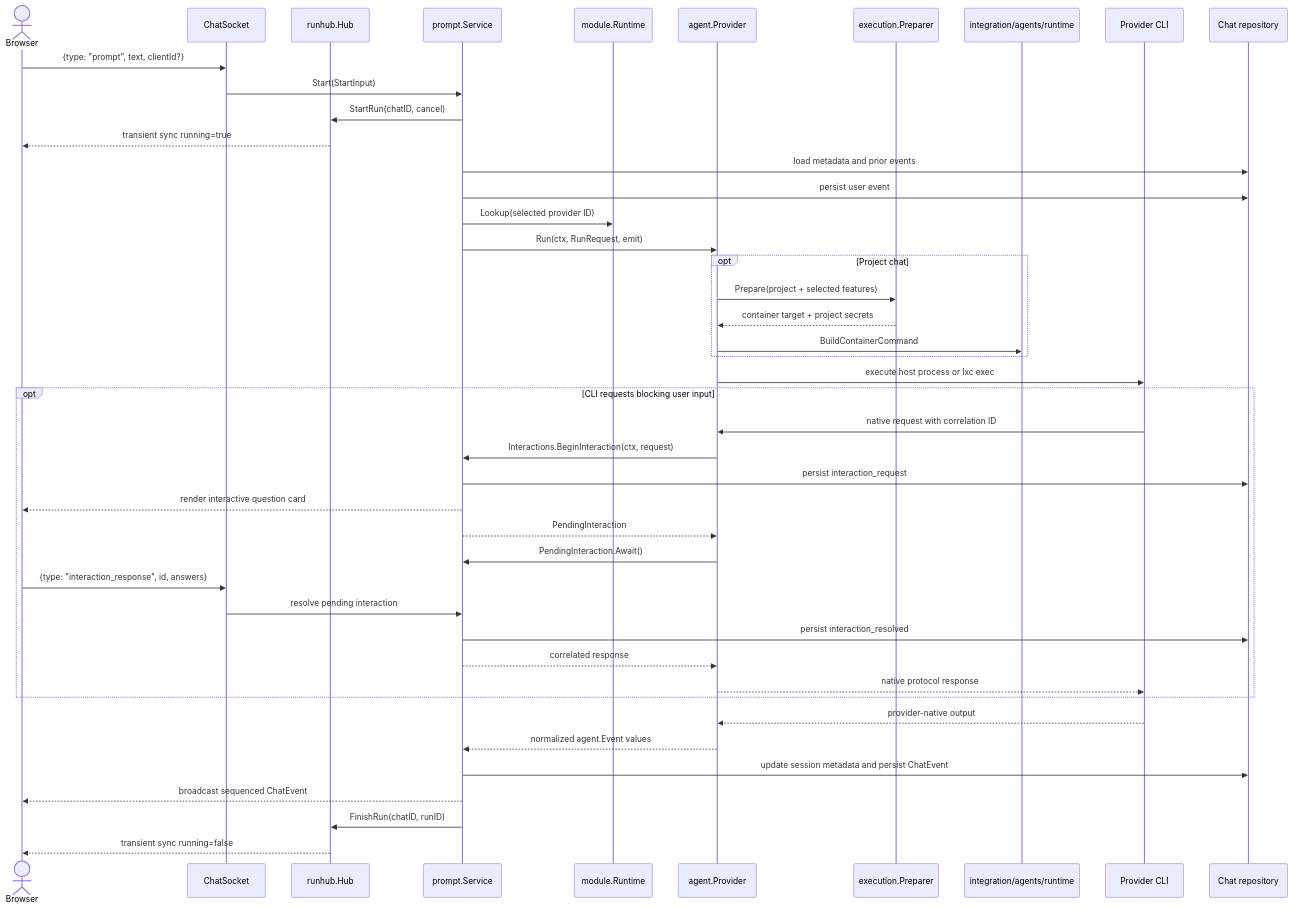
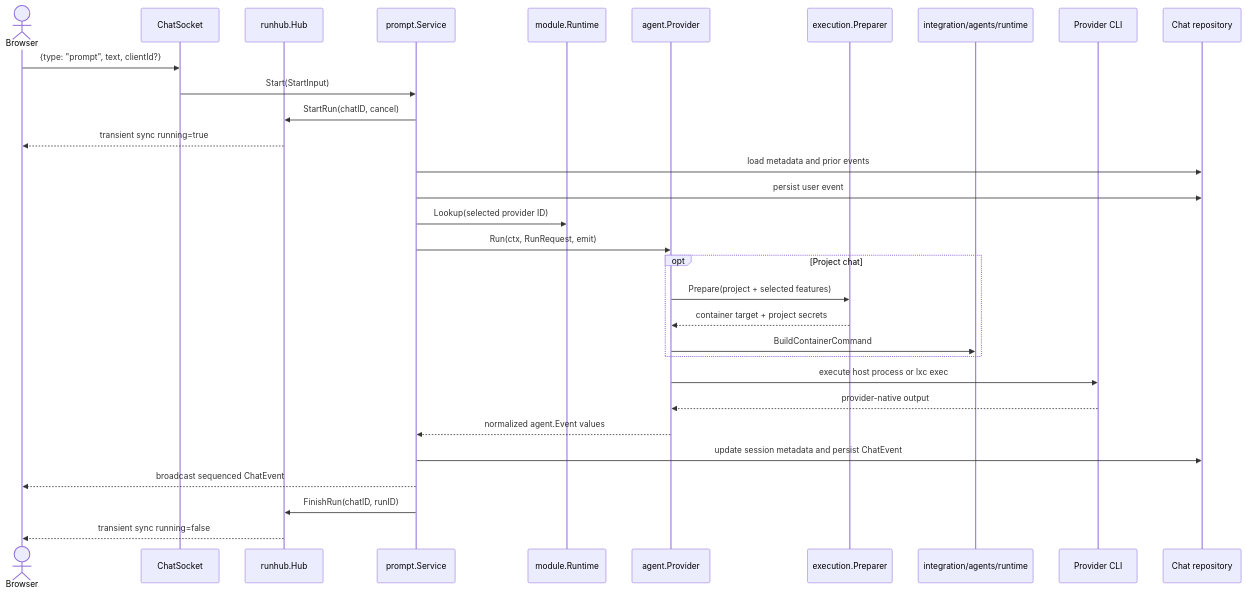
The diagram in docs/dev/agents/02-runtime-and-event-parsing.md (AbdallahMohamedDotnet/remote.futrx), drawn with Mermaid before and after one commit. The commit also changed other lines of this file and 153 other files, not shown here.

````diff
--- a/docs/dev/agents/02-runtime-and-event-parsing.md
+++ b/docs/dev/agents/02-runtime-and-event-parsing.md
@@ -10,47 +10,34 @@
 ```mermaid
 sequenceDiagram
     actor Browser
     participant Socket as ChatSocket
     participant Hub as runhub.Hub
     participant Prompt as prompt.Service
     participant Runtime as module.Runtime
     participant Provider as agent.Provider
     participant Prep as execution.Preparer
     participant Cmd as integration/agents/runtime
     participant CLI as Provider CLI
     participant Store as Chat repository
 
     Browser->>Socket: {type: "prompt", text, clientId?}
     Socket->>Prompt: Start(StartInput)
     Prompt->>Hub: StartRun(chatID, cancel)
     Hub-->>Browser: transient sync running=true
     Prompt->>Store: load metadata and prior events
     Prompt->>Store: persist user event
     Prompt->>Runtime: Lookup(selected provider ID)
     Prompt->>Provider: Run(ctx, RunRequest, emit)
     opt Project chat
         Provider->>Prep: Prepare(project + selected features)
         Prep-->>Provider: container target + project secrets
         Provider->>Cmd: BuildContainerCommand
     end
     Provider->>CLI: execute host process or lxc exec
-    opt CLI requests blocking user input
-        CLI->>Provider: native request with correlation ID
-        Provider->>Prompt: Interactions.BeginInteraction(ctx, request)
-        Prompt->>Store: persist interaction_request
-        Prompt-->>Browser: render interactive question card
-        Prompt-->>Provider: PendingInteraction
-        Provider->>Prompt: PendingInteraction.Await()
-        Browser->>Socket: {type: "interaction_response", id, answers}
-        Socket->>Prompt: resolve pending interaction
-        Prompt->>Store: persist interaction_resolved
-        Prompt-->>Provider: correlated response
-        Provider-->>CLI: native protocol response
-    end
     CLI-->>Provider: provider-native output
     Provider-->>Prompt: normalized agent.Event values
     Prompt->>Store: update session metadata and persist ChatEvent
     Prompt-->>Browser: broadcast sequenced ChatEvent
     Prompt->>Hub: FinishRun(chatID, runID)
     Hub-->>Browser: transient sync running=false
 ```
````
